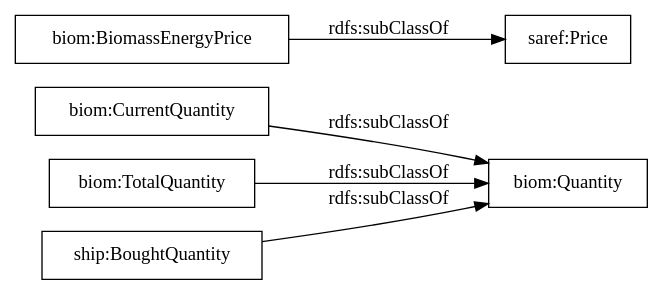
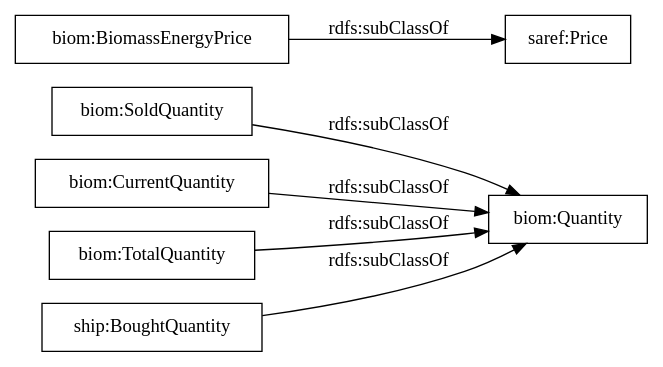
The diagram in OnToology/Ontology/biomass.ttl/diagrams/ar2dtool-taxonomy/biomass.ttl.png.dot (oeg-upm/auroral-biomass-ontology), drawn with Graphviz before and after one commit. The commit also changed 46 other files, not shown here.

```diff
--- a/OnToology/Ontology/biomass.ttl/diagrams/ar2dtool-taxonomy/biomass.ttl.png.dot
+++ b/OnToology/Ontology/biomass.ttl/diagrams/ar2dtool-taxonomy/biomass.ttl.png.dot
@@ -1,10 +1,11 @@
 digraph ar2dtool_diagram { 
 rankdir=LR;
 size="1000"
-node [shape = rectangle, color="black"]; "biom:CurrentQuantity" "biom:TotalQuantity" "ship:BoughtQuantity" "biom:Quantity" "biom:BiomassEnergyPrice" "saref:Price" ; /*classes style*/
+node [shape = rectangle, color="black"]; "biom:SoldQuantity" "biom:CurrentQuantity" "biom:TotalQuantity" "ship:BoughtQuantity" "biom:Quantity" "biom:BiomassEnergyPrice" "saref:Price" ; /*classes style*/
 	"biom:CurrentQuantity" -> "biom:Quantity" [ label = "rdfs:subClassOf" ];
 	"ship:BoughtQuantity" -> "biom:Quantity" [ label = "rdfs:subClassOf" ];
 	"biom:BiomassEnergyPrice" -> "saref:Price" [ label = "rdfs:subClassOf" ];
+	"biom:SoldQuantity" -> "biom:Quantity" [ label = "rdfs:subClassOf" ];
 	"biom:TotalQuantity" -> "biom:Quantity" [ label = "rdfs:subClassOf" ];
 
 }
```
